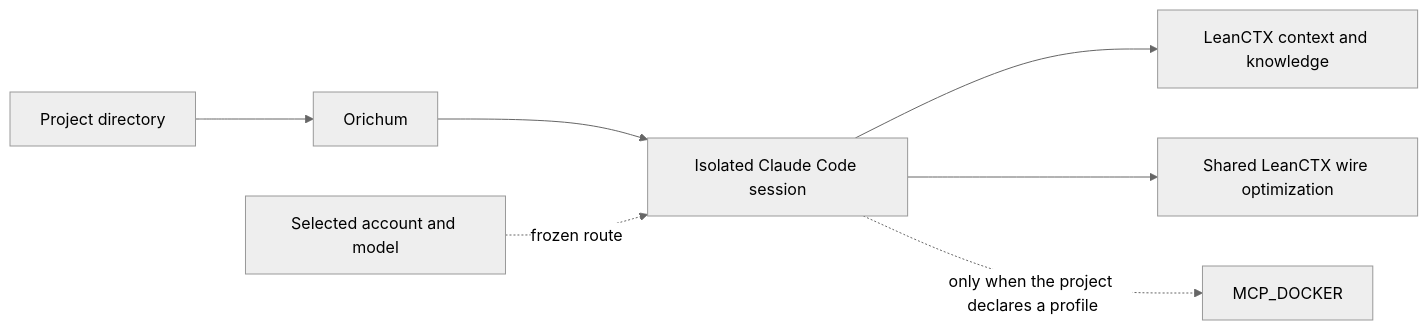
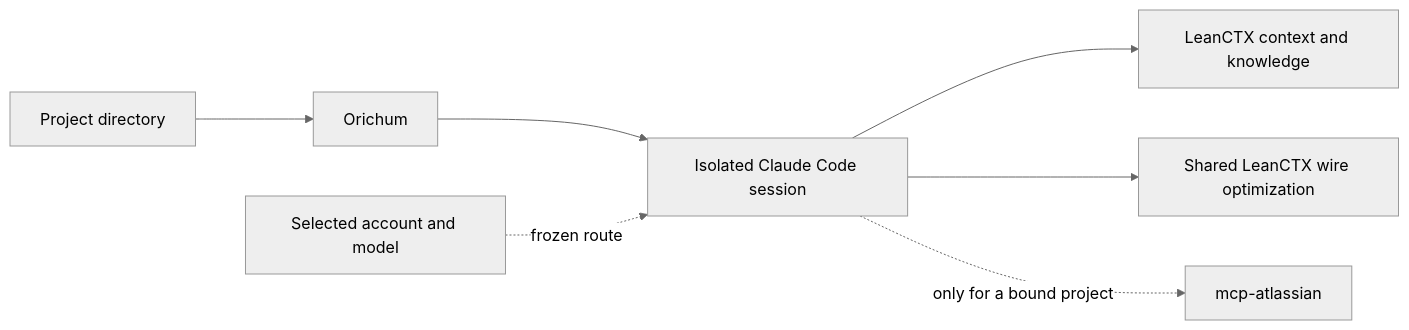
Before and after one commit to orichum/claudex-workflow: the diagram in README.md, drawn with Mermaid (neutral theme). The commit also changed other lines of this file and 41 other files, not shown here.

Commit message:
Simplify project-bound Jira integration

````diff
--- a/README.md
+++ b/README.md
@@ -222,9 +230,9 @@
 ```mermaid
 flowchart LR
     P["Project directory"] --> O["Orichum"]
     O --> S["Isolated Claude Code session"]
     M["Selected account and model"] -. "frozen route" .-> S
     S --> L["LeanCTX context and knowledge"]
     S --> W["Shared LeanCTX wire optimization"]
-    S -. "only when the project declares a profile" .-> D["MCP_DOCKER"]
+    S -. "only for a bound project" .-> D["mcp-atlassian"]
 ```
````
